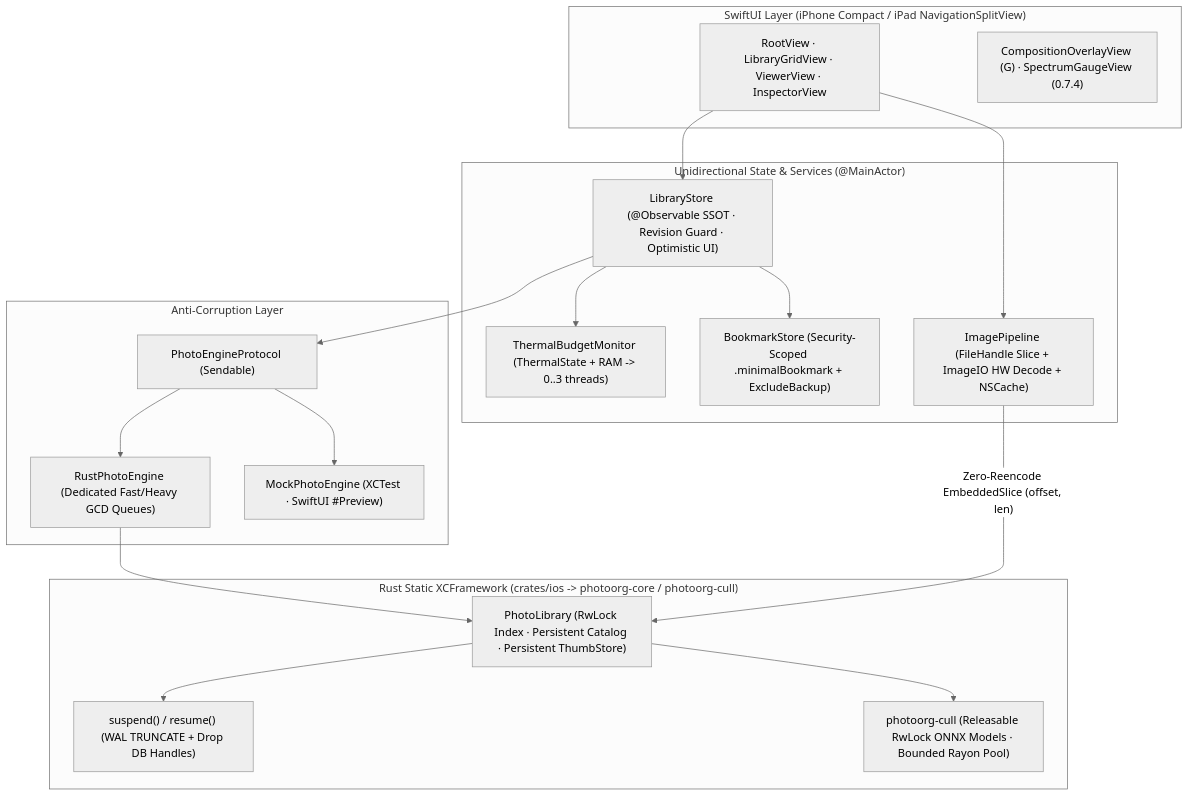
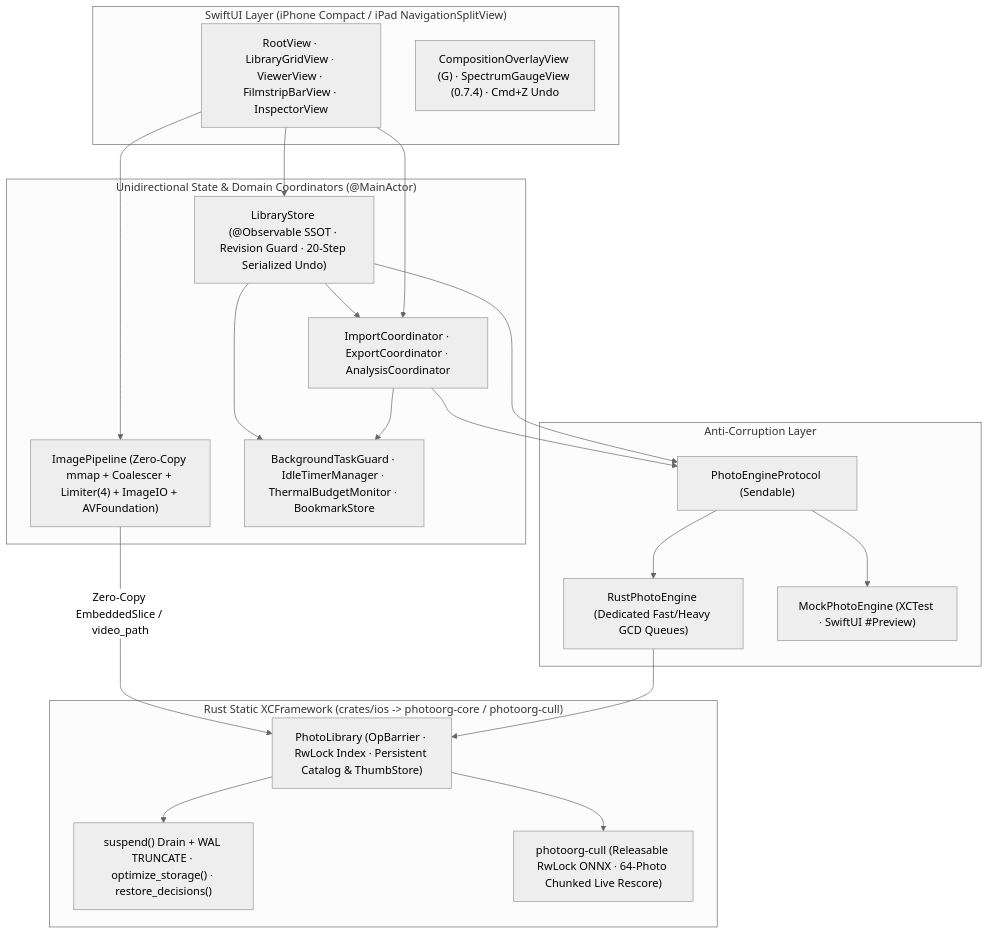
Before and after one commit to MJ-best/exif-photo-organize: the diagram in docs/ios-app-store/README.md, drawn with Mermaid (neutral theme). The commit also changed other lines of this file and 28 other files, not shown here.

Commit message:
iOS · iPadOS: 2차 아키텍처 하드닝 (OpBarrier · mmap 파이프라인 · 코디네이터 분리 · 배치 Undo · 필름스트립)

````diff
--- a/docs/ios-app-store/README.md
+++ b/docs/ios-app-store/README.md
@@ -14,38 +14,41 @@
 ```mermaid
 flowchart TB
     subgraph UI["SwiftUI Layer (iPhone Compact / iPad NavigationSplitView)"]
-        Views["RootView · LibraryGridView · ViewerView · InspectorView"]
-        Overlay["CompositionOverlayView (G) · SpectrumGaugeView (0.7.4)"]
+        Views["RootView · LibraryGridView · ViewerView · FilmstripBarView · InspectorView"]
+        Overlay["CompositionOverlayView (G) · SpectrumGaugeView (0.7.4) · Cmd+Z Undo"]
     end
 
-    subgraph State["Unidirectional State & Services (@MainActor)"]
-        Store["LibraryStore (@Observable SSOT · Revision Guard · Optimistic UI)"]
-        ImgPipe["ImagePipeline (FileHandle Slice + ImageIO HW Decode + NSCache)"]
-        Thermal["ThermalBudgetMonitor (ThermalState + RAM -> 0..3 threads)"]
-        Bookmark["BookmarkStore (Security-Scoped .minimalBookmark + ExcludeBackup)"]
+    subgraph State["Unidirectional State & Domain Coordinators (@MainActor)"]
+        Store["LibraryStore (@Observable SSOT · Revision Guard · 20-Step Serialized Undo)"]
+        Coords["ImportCoordinator · ExportCoordinator · AnalysisCoordinator"]
+        ImgPipe["ImagePipeline (Zero-Copy mmap + Coalescer + Limiter(4) + ImageIO + AVFoundation)"]
+        Sys["BackgroundTaskGuard · IdleTimerManager · ThermalBudgetMonitor · BookmarkStore"]
     end
 
     subgraph ACL["Anti-Corruption Layer"]
         Proto["PhotoEngineProtocol (Sendable)"]
         RustEng["RustPhotoEngine (Dedicated Fast/Heavy GCD Queues)"]
         MockEng["MockPhotoEngine (XCTest · SwiftUI #Preview)"]
     end
 
     subgraph Rust["Rust Static XCFramework (crates/ios -> photoorg-core / photoorg-cull)"]
-        FFI["PhotoLibrary (RwLock Index · Persistent Catalog · Persistent ThumbStore)"]
-        Life["suspend() / resume() (WAL TRUNCATE + Drop DB Handles)"]
-        Cull["photoorg-cull (Releasable RwLock ONNX Models · Bounded Rayon Pool)"]
+        FFI["PhotoLibrary (OpBarrier · RwLock Index · Persistent Catalog & ThumbStore)"]
+        Life["suspend() Drain + WAL TRUNCATE · optimize_storage() · restore_decisions()"]
+        Cull["photoorg-cull (Releasable RwLock ONNX · 64-Photo Chunked Live Rescore)"]
     end
 
     Views --> Store
+    Views --> Coords
     Views --> ImgPipe
+    Store --> Coords
     Store --> Proto
-    Store --> Thermal
-    Store --> Bookmark
+    Coords --> Proto
+    Coords --> Sys
+    Store --> Sys
     Proto --> RustEng
     Proto --> MockEng
     RustEng --> FFI
-    ImgPipe -- "Zero-Reencode EmbeddedSlice (offset, len)" --> FFI
+    ImgPipe -- "Zero-Copy EmbeddedSlice / video_path" --> FFI
     FFI --> Life
     FFI --> Cull
 ```
````
